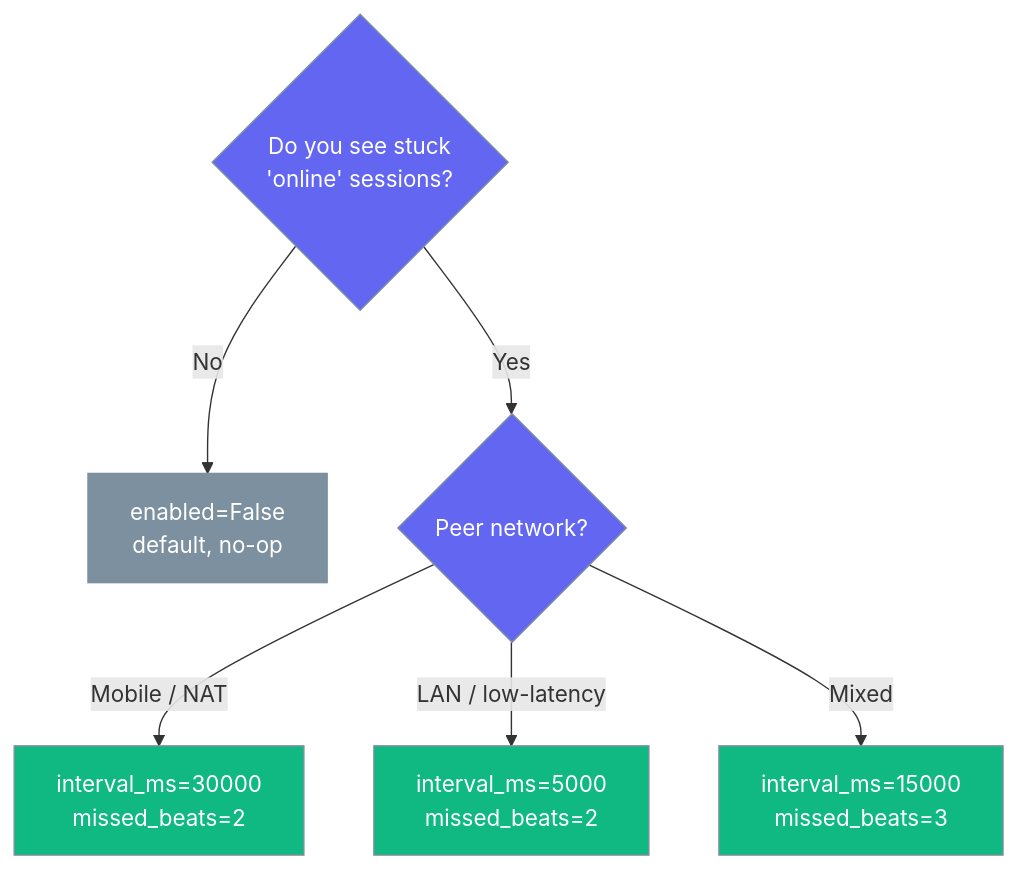
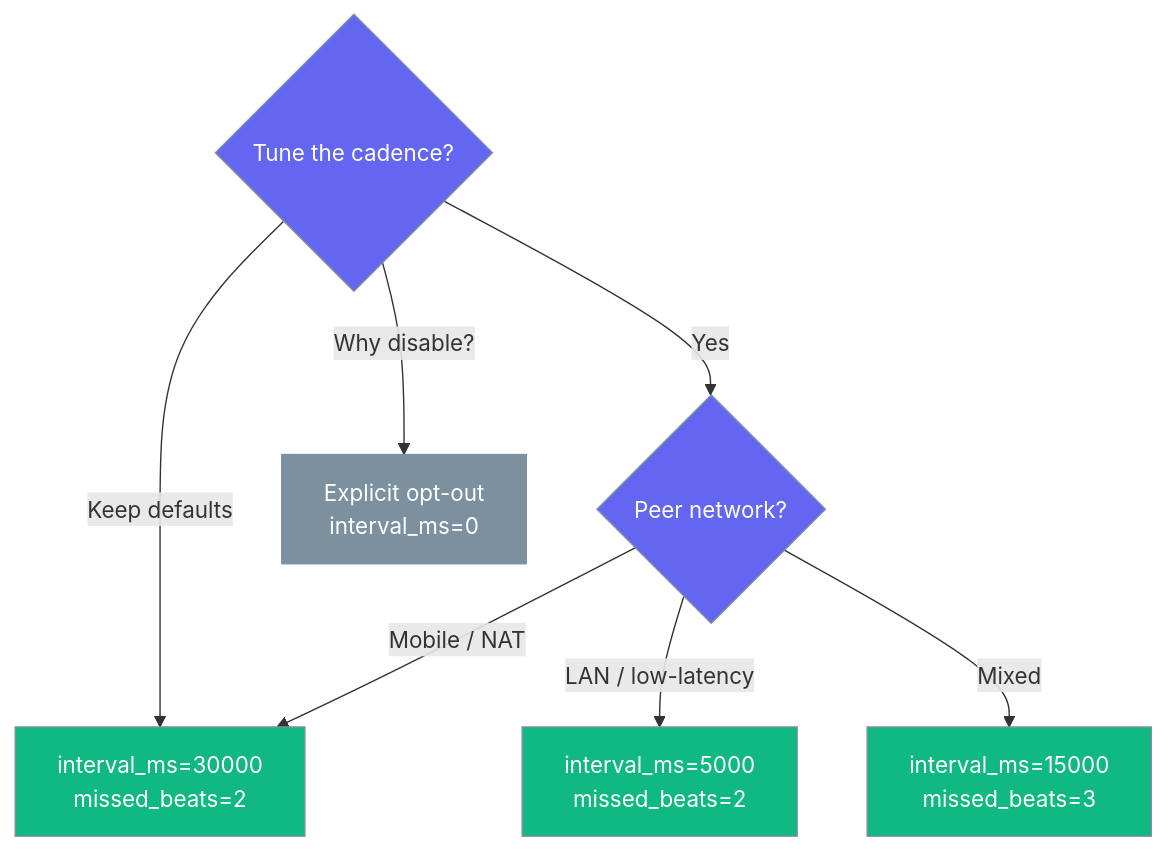
Before and after one commit to MervinPraison/PraisonAIDocs: the third of 3 diagrams in docs/features/gateway-liveness.mdx, drawn with Mermaid. The commit also changed other lines of this file, not shown here.

First line of the commit message:
docs(features): rewrite gateway-liveness.mdx for on-by-default runtime (fixes #2887)

````diff
--- a/docs/features/gateway-liveness.mdx
+++ b/docs/features/gateway-liveness.mdx
@@ -138,16 +177,17 @@
 ```mermaid
 graph TB
-    Start{Do you see stuck<br/>'online' sessions?} -->|No| Off[enabled=False<br/>default, no-op]
+    Start{Tune the cadence?} -->|Keep defaults| Def[interval_ms=30000<br/>missed_beats=2]
     Start -->|Yes| Net{Peer network?}
-    Net -->|Mobile / NAT| Def[interval_ms=30000<br/>missed_beats=2]
+    Net -->|Mobile / NAT| Def
     Net -->|LAN / low-latency| Ag[interval_ms=5000<br/>missed_beats=2]
     Net -->|Mixed| Bal[interval_ms=15000<br/>missed_beats=3]
+    Start -->|Why disable?| Opt[Explicit opt-out<br/>interval_ms=0]
 
     classDef q fill:#6366F1,stroke:#7C90A0,color:#fff
     classDef opt fill:#10B981,stroke:#7C90A0,color:#fff
     classDef off fill:#7C90A0,stroke:#7C90A0,color:#fff
 
     class Start,Net q
     class Def,Ag,Bal opt
-    class Off off
+    class Opt off
 ```
````
